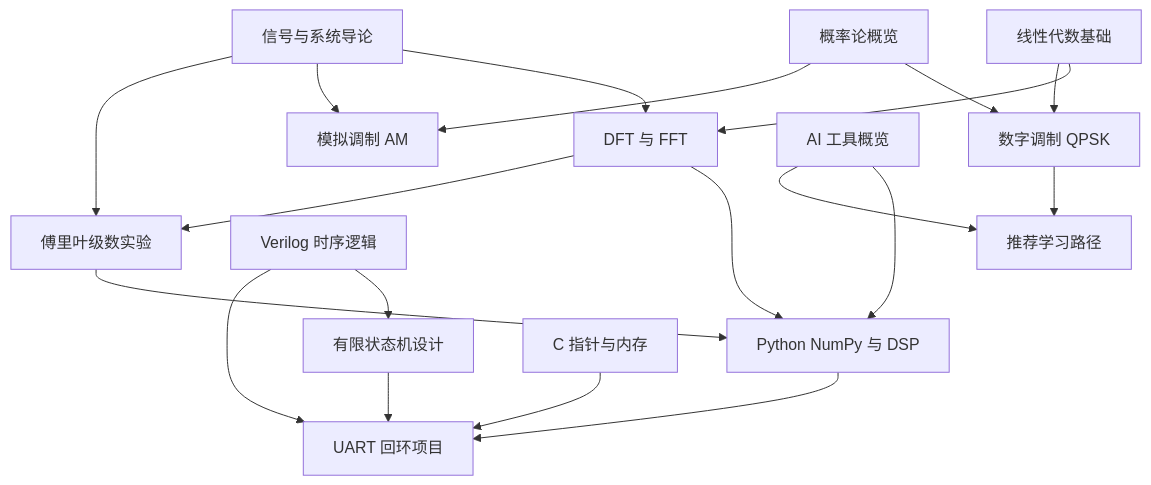
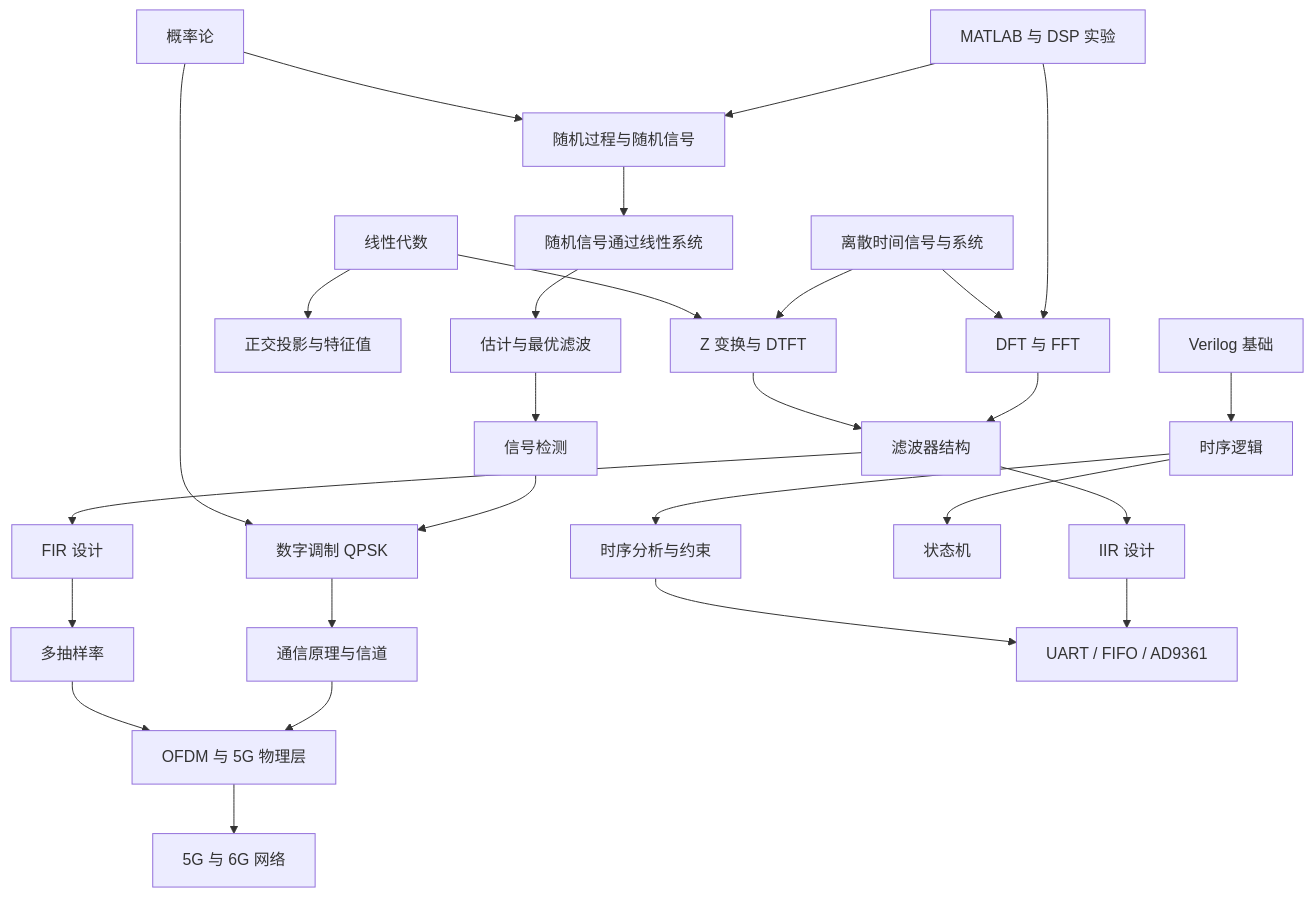
One commit to aaaaawwaa/aaaaawwaa.github.io changed the diagram in content/maps/knowledge-network.md. Above: the diagram before and after it, drawn with Mermaid. The commit also changed other lines of this file and 4 other files, not shown here.

````diff
--- a/content/maps/knowledge-network.md
+++ b/content/maps/knowledge-network.md
@@ -14,21 +14,29 @@
 ```mermaid
 graph TD
-    LA["线性代数基础"] --> DFT["DFT 与 FFT"]
-    LA --> QPSK["数字调制 QPSK"]
-    PR["概率论概览"] --> QPSK
-    PR --> AM["模拟调制 AM"]
-    SS["信号与系统导论"] --> DFT
-    SS --> AM
-    SS --> FS["傅里叶级数实验"]
-    DFT --> NP["Python NumPy 与 DSP"]
-    DFT --> FS
-    FS --> NP
-    VLOG["Verilog 时序逻辑"] --> FSM["有限状态机设计"]
-    FSM --> UART["UART 回环项目"]
-    VLOG --> UART
-    CP["C 指针与内存"] --> UART
-    NP --> UART
-    AI["AI 工具概览"] --> NP
-    AI --> LP["推荐学习路径"]
-    QPSK --> LP
+    LA["线性代数"] --> ZT["Z 变换与 DTFT"]
+    LA --> LINALG2["正交投影与特征值"]
+    PR["概率论"] --> RANDOM["随机过程与随机信号"]
+    PR --> QPSK["数字调制 QPSK"]
+    SS["离散时间信号与系统"] --> ZT
+    SS --> DFT["DFT 与 FFT"]
+    ZT --> FILTER["滤波器结构"]
+    DFT --> FILTER
+    FILTER --> IIR["IIR 设计"]
+    FILTER --> FIR["FIR 设计"]
+    FIR --> MULTI["多抽样率"]
+    RANDOM --> THROUGHSYS["随机信号通过线性系统"]
+    THROUGHSYS --> EST["估计与最优滤波"]
+    EST --> DETECT["信号检测"]
+    DETECT --> QPSK
+    MULTI --> OFDM["OFDM 与 5G 物理层"]
+    QPSK --> COMM["通信原理与信道"]
+    COMM --> OFDM
+    VLOG["Verilog 基础"] --> SEQ["时序逻辑"]
+    SEQ --> FSM["状态机"]
+    SEQ --> TIMING["时序分析与约束"]
+    TIMING --> IF["UART / FIFO / AD9361"]
+    IIR --> IF
+    OFDM --> MOBILE["5G 与 6G 网络"]
+    MAT["MATLAB 与 DSP 实验"] --> DFT
+    MAT --> RANDOM
 ```
````
